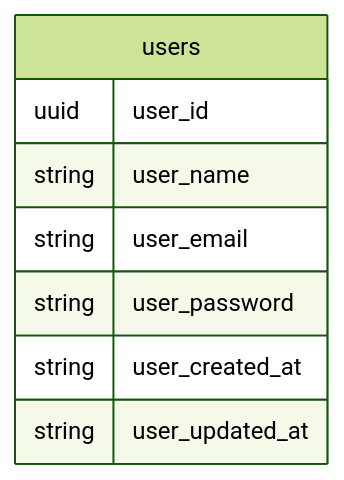
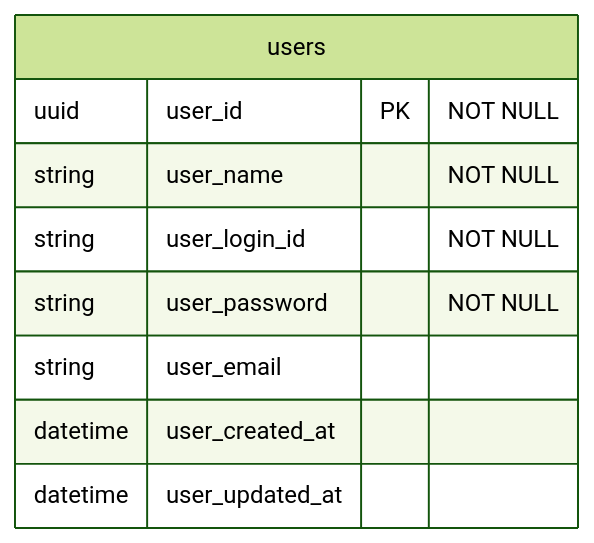
The first of 6 diagrams in docs/table-erd.md (jujoycode/hydra), drawn with Mermaid (forest theme) before and after one commit. The commit also changed other lines of this file, not shown here.

Commit message:
:sparkles: Table(users, projects, users_projects_link, issues), Relationships(User-Project, Project-Issue)

````diff
--- a/docs/table-erd.md
+++ b/docs/table-erd.md
@@ -5,11 +7,12 @@
 ```mermaid
 erDiagram
     users {
-        uuid user_id
-        string user_name
+        uuid user_id PK "NOT NULL"
+        string user_name "NOT NULL"
+        string user_login_id "NOT NULL"
+        string user_password "NOT NULL"
         string user_email
-        string user_password
-        string user_created_at
-        string user_updated_at
+        datetime user_created_at
+        datetime user_updated_at
     }
 ```
````
